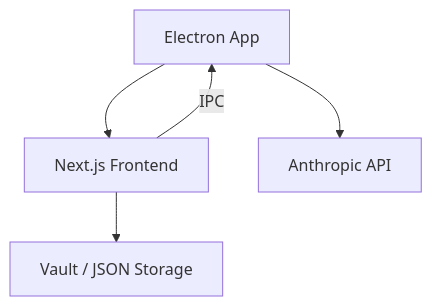
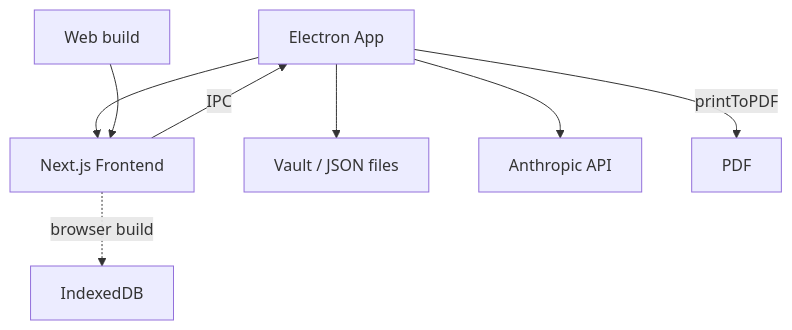
One commit to a64mahmo/doomssh-electron changed the first of 3 diagrams in docs/architecture.md. Above: the diagram before and after it, drawn with Mermaid. The commit also changed other lines of this file and 25 other files, not shown here.

````diff
--- a/docs/architecture.md
+++ b/docs/architecture.md
@@ -7,7 +7,10 @@
 ```mermaid
 graph TD
     A[Electron App] --> B[Next.js Frontend]
-    B --> E[Vault / JSON Storage]
+    B -- IPC --> A
+    A --> E[Vault / JSON files]
     A --> F[Anthropic API]
-    B -- IPC --> A
+    A -- printToPDF --> P[PDF]
+    W[Web build] --> B
+    B -. browser build .-> G[IndexedDB]
 ```
````
